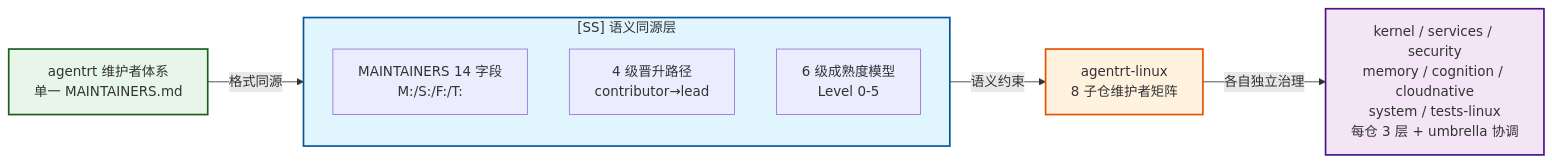
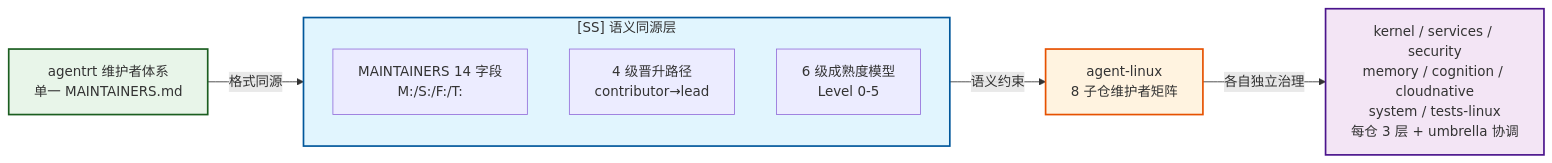
Before and after one commit to openairymax/docs-linux: the fifth of 5 diagrams in 120-development-process/02-maintainer-hierarchy.md, drawn with Mermaid. The commit also changed other lines of this file and 172 other files, not shown here.

Commit message:
docs: rename agentrt-linux to agent-linux across docs v0.1.3 双工程结构：agentrt-linux 改名 agent-linux。docs 全仓 186 个 文件中的 agentrt-linux 引用统一为 agent-linux（AirymaxOS 工程名/ URL/路径引用；commit hash 与历史不变）。

````diff
--- a/120-development-process/02-maintainer-hierarchy.md
+++ b/120-development-process/02-maintainer-hierarchy.md
@@ -491,15 +491,15 @@
 ```mermaid
 graph LR
     A["agentrt 维护者体系<br/>单一 MAINTAINERS.md"] -->|"格式同源"| SS
     subgraph SS ["[SS] 语义同源层"]
         T1["MAINTAINERS 14 字段<br/>M:/S:/F:/T:"]
         T2["4 级晋升路径<br/>contributor→lead"]
         T3["6 级成熟度模型<br/>Level 0-5"]
     end
-    SS -->|"语义约束"| D["agentrt-linux<br/>8 子仓维护者矩阵"]
+    SS -->|"语义约束"| D["agent-linux<br/>8 子仓维护者矩阵"]
     D -->|"各自独立治理"| E["kernel / services / security<br/>memory / cognition / cloudnative<br/>system / tests-linux<br/>每仓 3 层 + umbrella 协调"]
     style SS fill:#e1f5fe,stroke:#01579b,stroke-width:2px
     style A fill:#e8f5e9,stroke:#1b5e20,stroke-width:2px
     style D fill:#fff3e0,stroke:#e65100,stroke-width:2px
     style E fill:#f3e5f5,stroke:#4a148c,stroke-width:2px
 ```
````
